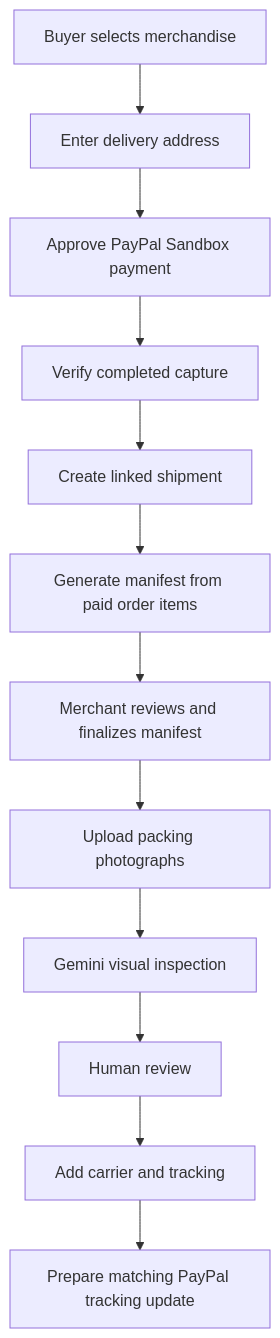
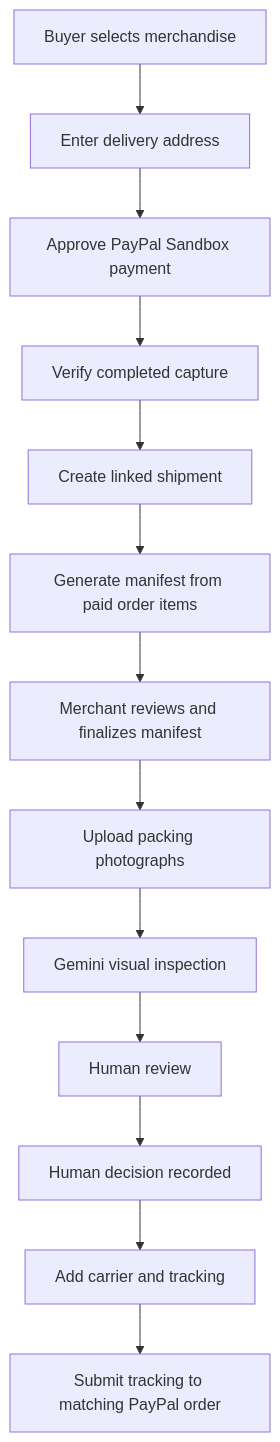
The first of 2 diagrams in README.md (BasutkarSony/ShipProof-AI), drawn with Mermaid before and after one commit. The commit also changed other lines of this file, not shown here.

Commit message:
Document integrated human review and Orders v2 tracking

````diff
--- a/README.md
+++ b/README.md
@@ -49,14 +50,15 @@
 ```mermaid
 flowchart TD
     A["Buyer selects merchandise"] --> B["Enter delivery address"]
     B --> C["Approve PayPal Sandbox payment"]
     C --> D["Verify completed capture"]
     D --> E["Create linked shipment"]
     E --> F["Generate manifest from paid order items"]
     F --> G["Merchant reviews and finalizes manifest"]
     G --> H["Upload packing photographs"]
     H --> I["Gemini visual inspection"]
     I --> J["Human review"]
-    J --> K["Add carrier and tracking"]
-    K --> L["Prepare matching PayPal tracking update"]
+    J --> K["Human decision recorded"]
+    K --> L["Add carrier and tracking"]
+    L --> M["Submit tracking to matching PayPal order"]
 ```
````
